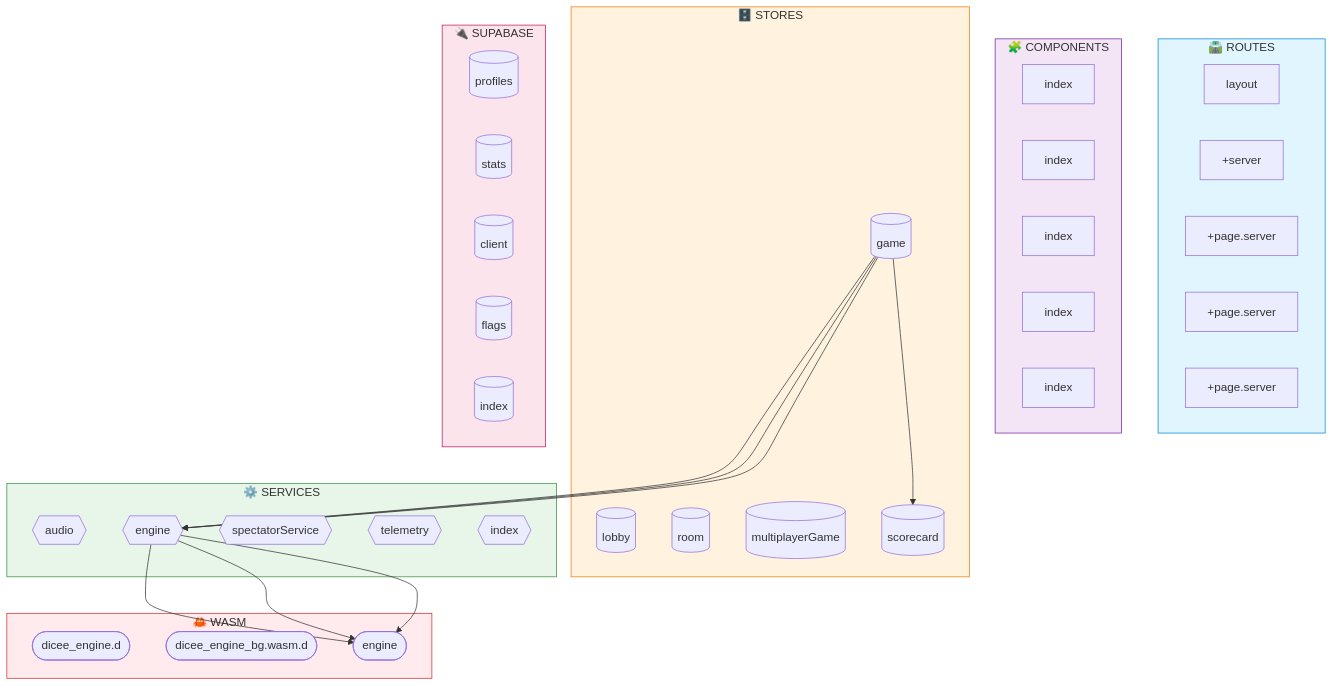
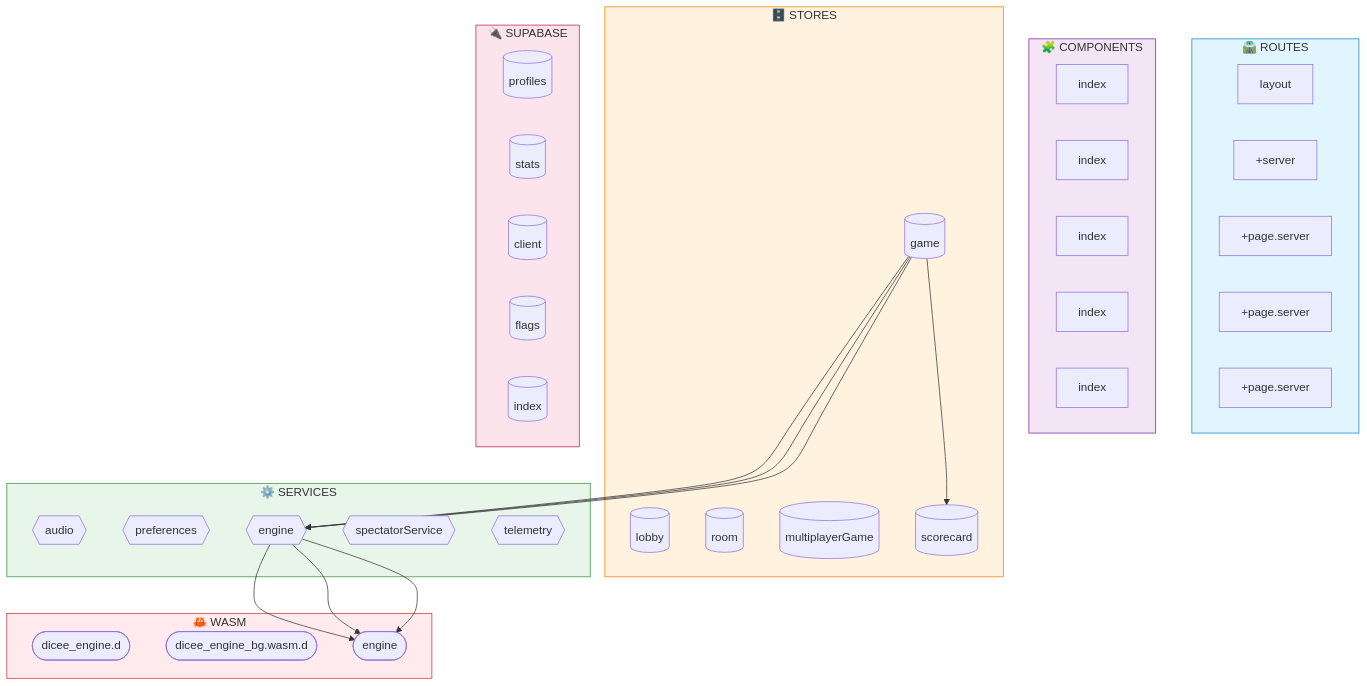
One commit to verlyn13/dicee changed the diagram in docs/architecture/akg/diagrams/DATAFLOW.md. Above: the diagram before and after it, drawn with Mermaid. The commit also changed other lines of this file and 9 other files, not shown here.

First line of the commit message:
chore: update state files and regenerate AKG diagrams

````diff
--- a/docs/architecture/akg/diagrams/DATAFLOW.md
+++ b/docs/architecture/akg/diagrams/DATAFLOW.md
@@ -18,64 +18,64 @@
 ```mermaid
 flowchart TB
     subgraph routes["🛣️ ROUTES"]
         module___layout__rc_routes__layout_ts["layout"]
         module___server___callback__server_ts["+server"]
         module___page_server__obby__page_server_["+page.server"]
         module___page_server___id___page_server_["+page.server"]
         module___page_server__ode___page_server_["+page.server"]
     end
 
     subgraph components["🧩 COMPONENTS"]
         module__index__mponents_ui_index_ts["index"]
+        module__index__ts_settings_index_ts["index"]
         module__index__onents_chat_index_ts["index"]
         module__index__onents_auth_index_ts["index"]
         module__index__ts_skeleton_index_ts["index"]
-        module__index__nts_gallery_index_ts["index"]
     end
 
     subgraph stores["🗄️ STORES"]
         store__game_svelte__tores_game_svelte_ts[("game")]
         store__lobby_svelte__ores_lobby_svelte_t[("lobby")]
         store__room_svelte__tores_room_svelte_ts[("room")]
         store__multiplayerGame_svelte__playerGam[("multiplayerGame")]
         store__scorecard_svelte___scorecard_svel[("scorecard")]
     end
 
     subgraph services["⚙️ SERVICES"]
         service__audio__ib_services_audio_ts{{"audio"}}
+        store__preferences_svelte__references_sv{{"preferences"}}
         service__engine__b_services_engine_ts{{"engine"}}
         store__spectatorService_svelte__torServi{{"spectatorService"}}
         service__telemetry__ervices_telemetry_ts{{"telemetry"}}
-        service__index__ib_services_index_ts{{"index"}}
     end
 
     subgraph supabase["🔌 SUPABASE"]
         supabasemodule__profiles__supabase_profi[("profiles")]
         supabasemodule__stats__ib_supabase_stats[("stats")]
         supabasemodule__client__b_supabase_clien[("client")]
         supabasemodule__flags__ib_supabase_flags[("flags")]
         supabasemodule__index__ib_supabase_index[("index")]
     end
 
     subgraph wasm["🦀 WASM"]
         wasmbridge__dicee_engine_d__sm_dicee_eng(["dicee_engine.d"])
         wasmbridge__dicee_engine_bg_wasm_d___eng(["dicee_engine_bg.wasm.d"])
         wasmbridge__engine__eb_src_lib_engine_ts(["engine"])
     end
 
     store__game_svelte__tores_game_svelte_ts --> service__engine__b_services_engine_ts
     store__game_svelte__tores_game_svelte_ts --> store__scorecard_svelte___scorecard_svel
     store__game_svelte__tores_game_svelte_ts --> service__engine__b_services_engine_ts
     store__game_svelte__tores_game_svelte_ts --> service__engine__b_services_engine_ts
     service__engine__b_services_engine_ts --> wasmbridge__engine__eb_src_lib_engine_ts
     service__engine__b_services_engine_ts --> wasmbridge__engine__eb_src_lib_engine_ts
     service__engine__b_services_engine_ts --> wasmbridge__engine__eb_src_lib_engine_ts
 
     %% Layer styling
     style routes fill:#e1f5fe,stroke:#0288d1
     style components fill:#f3e5f5,stroke:#7b1fa2
     style stores fill:#fff3e0,stroke:#f57c00
     style services fill:#e8f5e9,stroke:#388e3c
     style supabase fill:#fce4ec,stroke:#c2185b
     style wasm fill:#ffebee,stroke:#d32f2f
 ```
````
